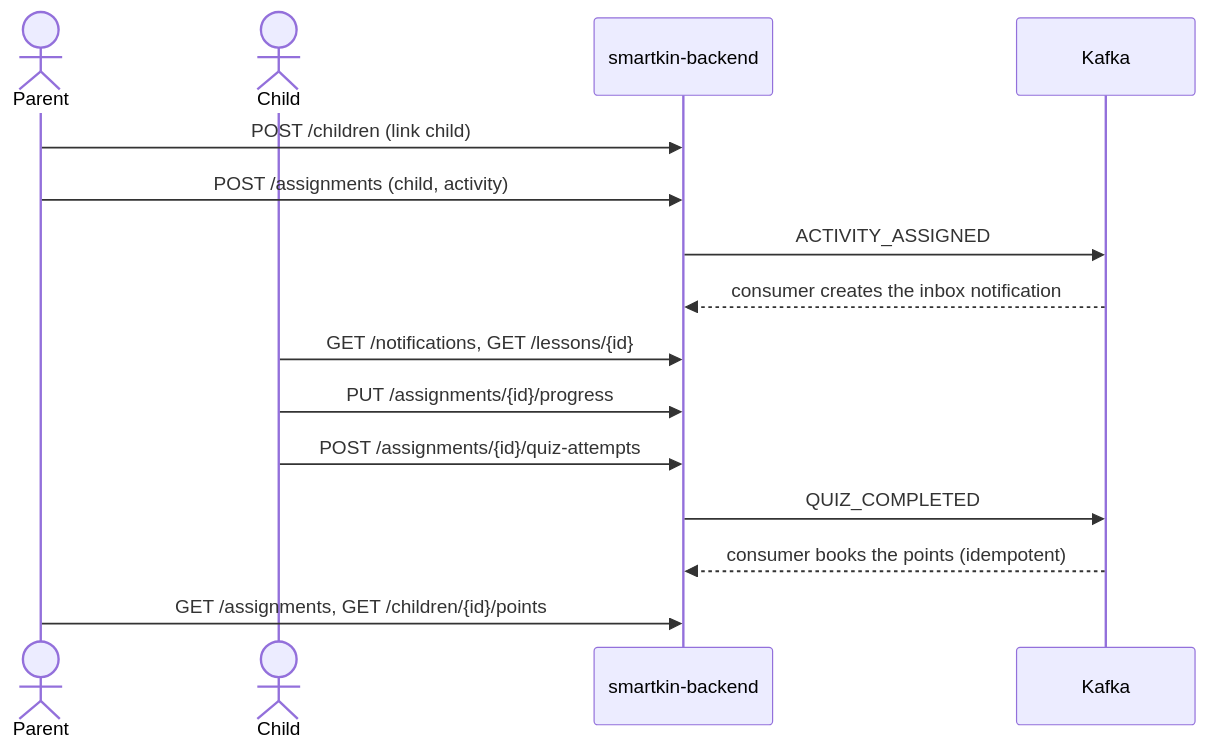
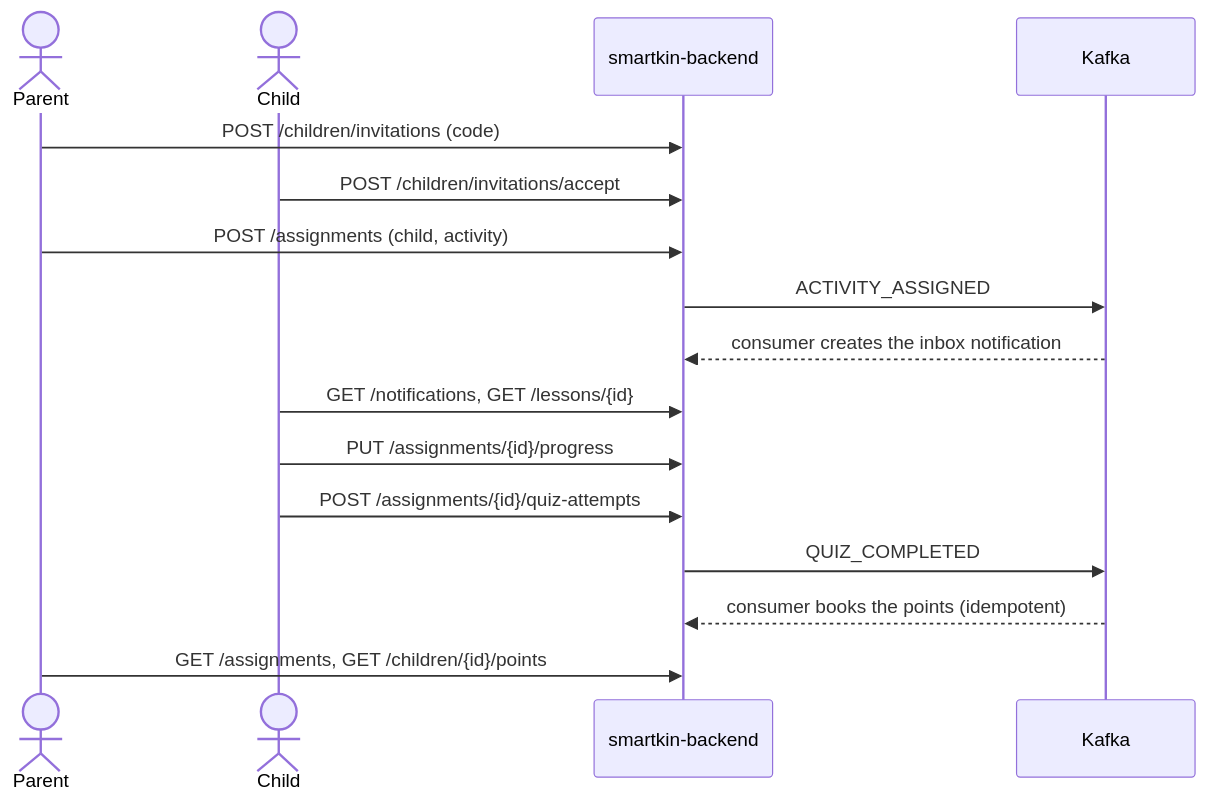
One commit to um-dev-creative/smartkin-backend changed the first of 14 diagrams in docs/TECHNICAL_GUIDE.md. Above: the diagram before and after it, drawn with Mermaid. The commit also changed other lines of this file and 43 other files, not shown here.

First line of the commit message:
S-2: child invitations and child account creation replace linking by user id

````diff
--- a/docs/TECHNICAL_GUIDE.md
+++ b/docs/TECHNICAL_GUIDE.md
@@ -228,17 +228,18 @@
 ```mermaid
 sequenceDiagram
     actor P as Parent
     actor C as Child
     participant API as smartkin-backend
     participant K as Kafka
-    P->>API: POST /children (link child)
+    P->>API: POST /children/invitations (code)
+    C->>API: POST /children/invitations/accept
     P->>API: POST /assignments (child, activity)
     API->>K: ACTIVITY_ASSIGNED
     K-->>API: consumer creates the inbox notification
     C->>API: GET /notifications, GET /lessons/{id}
     C->>API: PUT /assignments/{id}/progress
     C->>API: POST /assignments/{id}/quiz-attempts
     API->>K: QUIZ_COMPLETED
     K-->>API: consumer books the points (idempotent)
     P->>API: GET /assignments, GET /children/{id}/points
 ```
````
